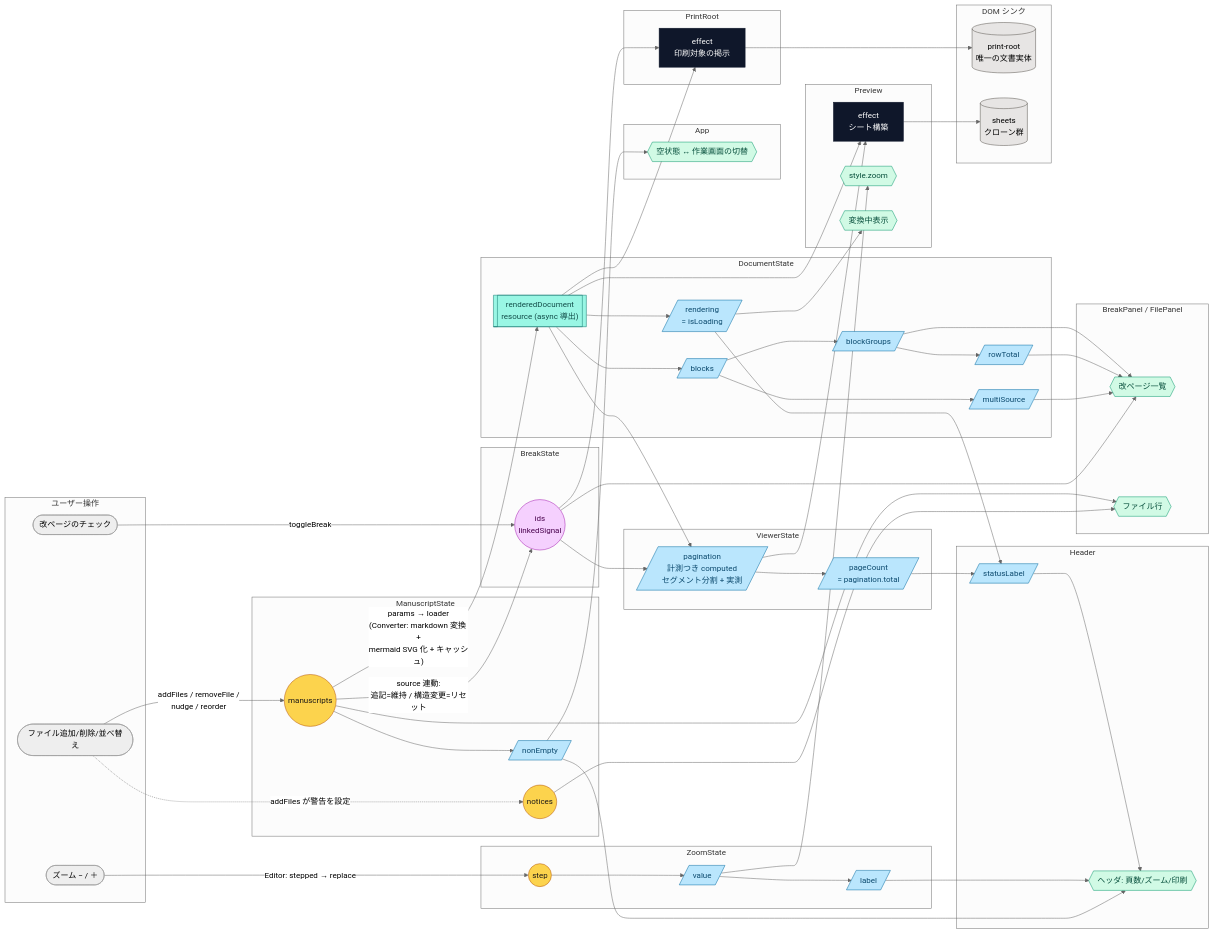
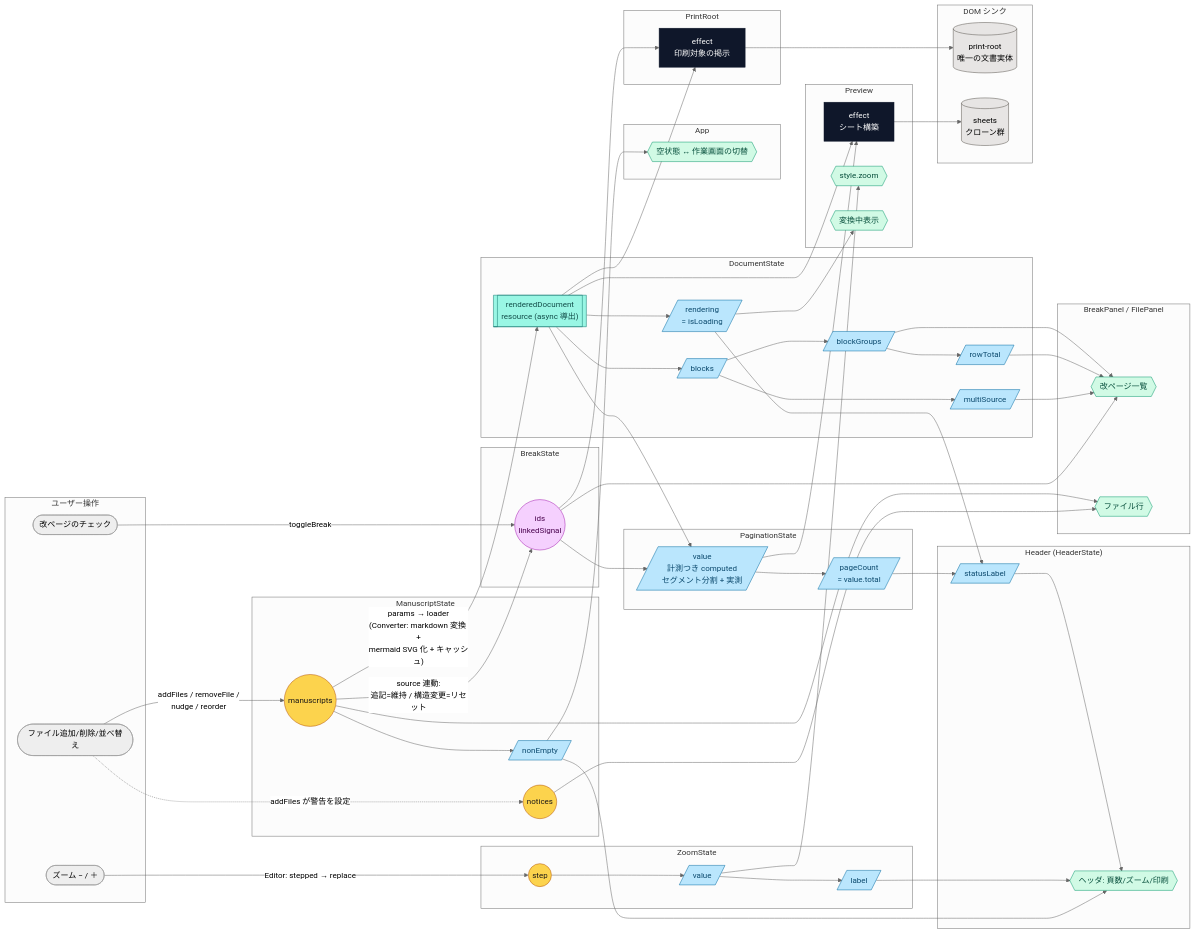
Before and after one commit to lacolaco/printmd: the diagram in docs/signal-graph.md, drawn with Mermaid (neutral theme). The commit also changed other lines of this file and 24 other files, not shown here.

```diff
--- a/docs/signal-graph.md
+++ b/docs/signal-graph.md
@@ -36,9 +36,9 @@
     C5[/multiSource/]
   end
 
-  subgraph Viewer["ViewerState"]
-    V3[/pagination<br/>計測つき computed<br/>セグメント分割 + 実測/]
-    V2[/pageCount<br/>= pagination.total/]
+  subgraph Pagination["PaginationState"]
+    V3[/value<br/>計測つき computed<br/>セグメント分割 + 実測/]
+    V2[/pageCount<br/>= value.total/]
   end
 
   subgraph ZoomS["ZoomState"]
@@ -47,7 +47,7 @@
     VC2[/label/]
   end
 
-  subgraph HeaderC["Header"]
+  subgraph HeaderC["Header (HeaderState)"]
     HC1[/statusLabel/]
     T1{{ヘッダ: 頁数/ズーム/印刷}}
   end
```
